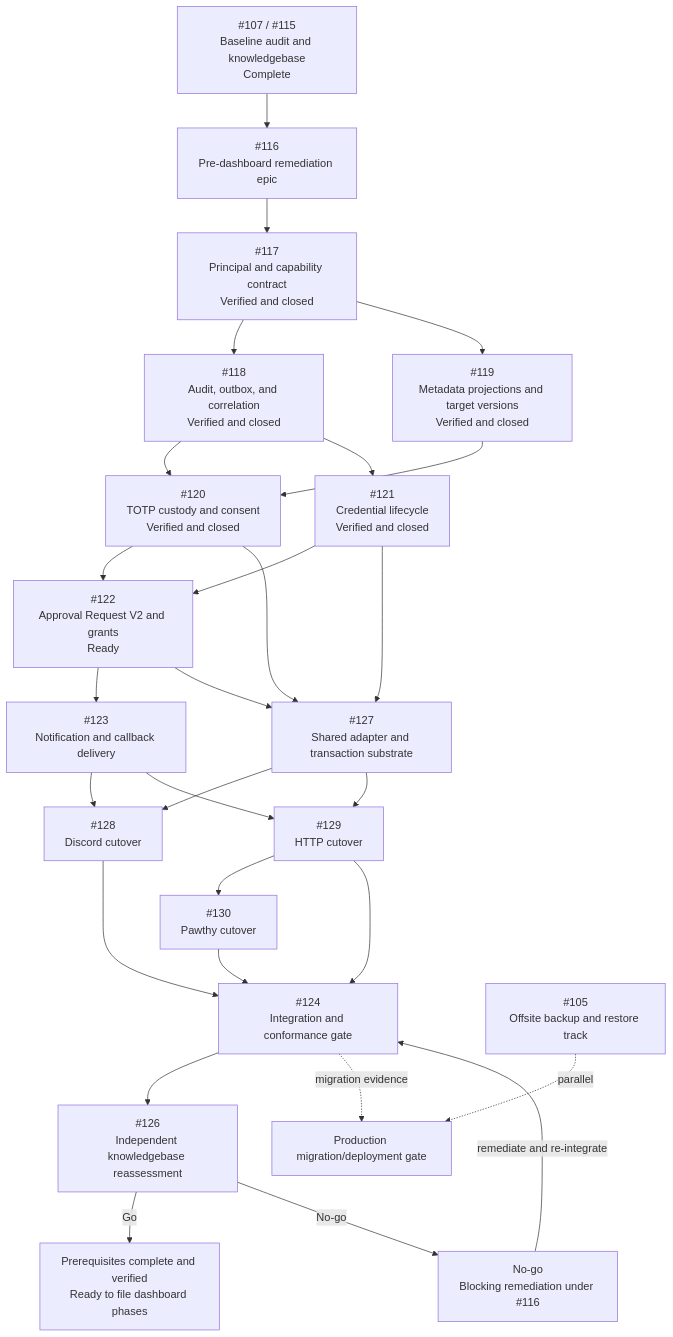
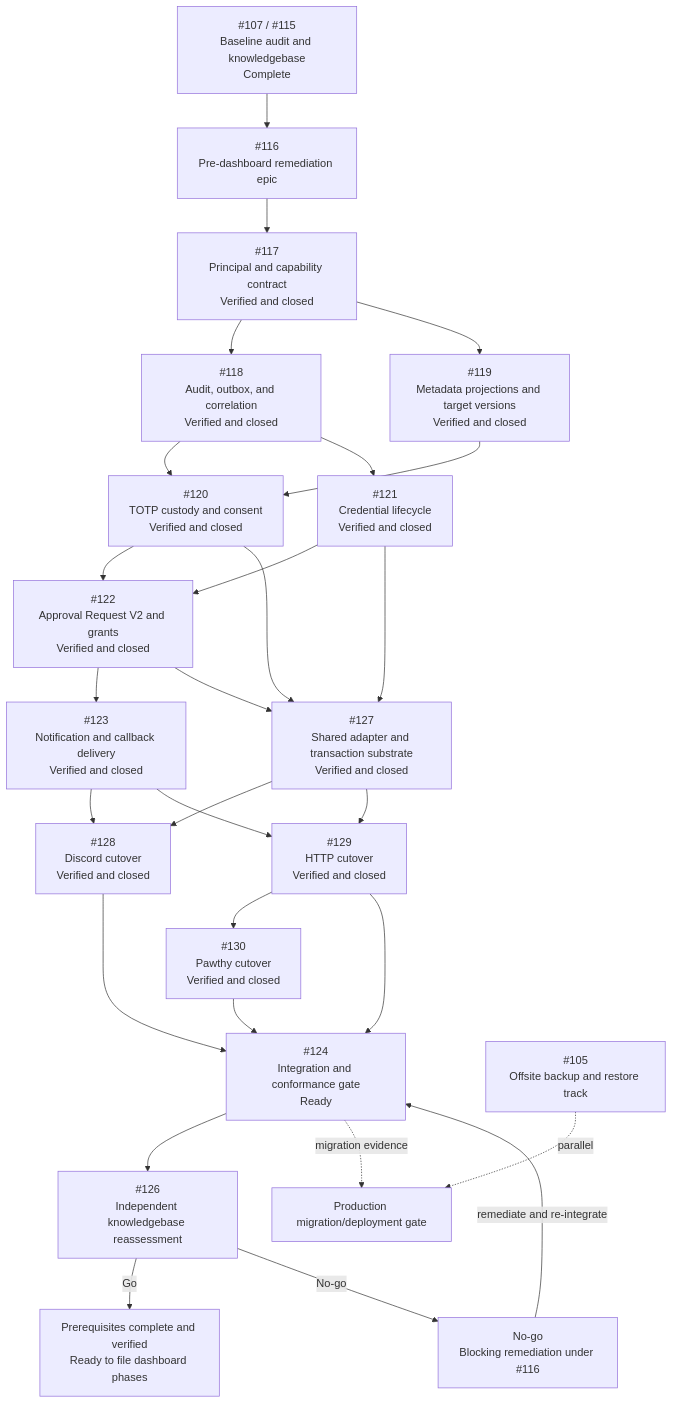
One commit to kuasha420/purrmission changed the diagram in docs/epics/rbac-prerequisite-execution-graph.md. Above: the diagram before and after it, drawn with Mermaid. The commit also changed other lines of this file and 1 other file, not shown here.

Commit message:
docs(epics): update prerequisite execution graph and knowledgebase live checkpoint for waves 1-7

````diff
--- a/docs/epics/rbac-prerequisite-execution-graph.md
+++ b/docs/epics/rbac-prerequisite-execution-graph.md
@@ -78,50 +71,50 @@
 ```mermaid
 flowchart TD
   BASE["#107 / #115<br/>Baseline audit and knowledgebase<br/>Complete"]
   EPIC["#116<br/>Pre-dashboard remediation epic"]
   I117["#117<br/>Principal and capability contract<br/>Verified and closed"]
   I118["#118<br/>Audit, outbox, and correlation<br/>Verified and closed"]
   I119["#119<br/>Metadata projections and target versions<br/>Verified and closed"]
   I120["#120<br/>TOTP custody and consent<br/>Verified and closed"]
   I121["#121<br/>Credential lifecycle<br/>Verified and closed"]
-  I122["#122<br/>Approval Request V2 and grants<br/>Ready"]
-  I123["#123<br/>Notification and callback delivery"]
-  I127["#127<br/>Shared adapter and transaction substrate"]
-  I128["#128<br/>Discord cutover"]
-  I129["#129<br/>HTTP cutover"]
-  I130["#130<br/>Pawthy cutover"]
-  I124["#124<br/>Integration and conformance gate"]
+  I122["#122<br/>Approval Request V2 and grants<br/>Verified and closed"]
+  I123["#123<br/>Notification and callback delivery<br/>Verified and closed"]
+  I127["#127<br/>Shared adapter and transaction substrate<br/>Verified and closed"]
+  I128["#128<br/>Discord cutover<br/>Verified and closed"]
+  I129["#129<br/>HTTP cutover<br/>Verified and closed"]
+  I130["#130<br/>Pawthy cutover<br/>Verified and closed"]
+  I124["#124<br/>Integration and conformance gate<br/>Ready"]
   I126["#126<br/>Independent knowledgebase reassessment"]
   READY["Prerequisites complete and verified<br/>Ready to file dashboard phases"]
   NOGO["No-go<br/>Blocking remediation under #116"]
   I105["#105<br/>Offsite backup and restore track"]
   PROD["Production migration/deployment gate"]
 
   BASE --> EPIC
   EPIC --> I117
   I117 --> I118
   I117 --> I119
   I118 --> I120
   I119 --> I120
   I118 --> I121
   I120 --> I122
   I121 --> I122
   I122 --> I123
   I120 --> I127
   I121 --> I127
   I122 --> I127
   I123 --> I128
   I127 --> I128
   I123 --> I129
   I127 --> I129
   I129 --> I130
   I128 --> I124
   I129 --> I124
   I130 --> I124
   I124 --> I126
   I126 -->|Go| READY
   I126 -->|No-go| NOGO
   NOGO -->|remediate and re-integrate| I124
   I105 -. parallel .-> PROD
   I124 -. migration evidence .-> PROD
 ```
````
